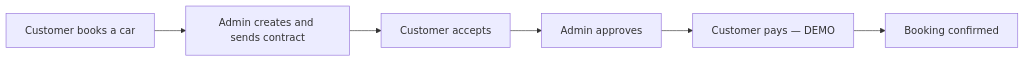
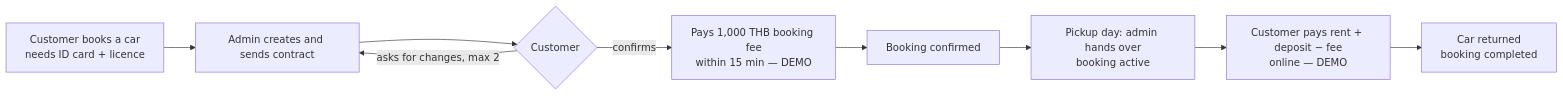
The first of 6 diagrams in README.md (newn26/drive-dee), drawn with Mermaid before and after one commit. The commit also changed other lines of this file, not shown here.

First line of the commit message:
README: describe the current booking-fee flow, receipt and ID/licence rule

````diff
--- a/README.md
+++ b/README.md
@@ -49,8 +51,11 @@
 ```mermaid
 flowchart LR
-  A[Customer books a car] --> B[Admin creates and sends contract]
-  B --> C[Customer accepts]
-  C --> D[Admin approves]
-  D --> E[Customer pays — DEMO]
-  E --> F[Booking confirmed]
+  A[Customer books a car<br/>needs ID card + licence] --> B[Admin creates and sends contract]
+  B --> C{Customer}
+  C -->|asks for changes, max 2| B
+  C -->|confirms| D[Pays 1,000 THB booking fee<br/>within 15 min — DEMO]
+  D --> E[Booking confirmed]
+  E --> F[Pickup day: admin hands over<br/>booking active]
+  F --> G[Customer pays rent + deposit − fee<br/>online — DEMO]
+  G --> H[Car returned<br/>booking completed]
 ```
````
